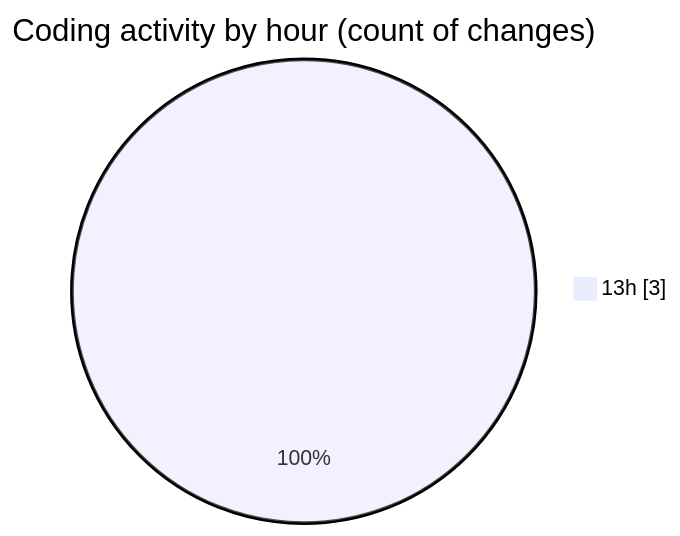
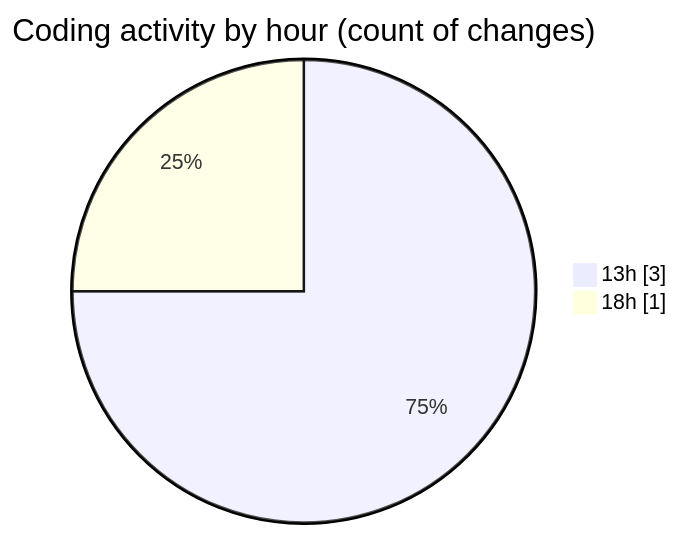
The second of 2 diagrams in 2025-07-16/telebot/README.md (jrari/code-tracking), drawn with Mermaid before and after one commit. The commit also changed other lines of this file and 1 other file, not shown here.

````diff
--- a/2025-07-16/telebot/README.md
+++ b/2025-07-16/telebot/README.md
@@ -30,5 +32,6 @@
 ```mermaid
 pie showData
 title Coding activity by hour (count of changes)
 "13h" : 3
+"18h" : 1
 ```
````
